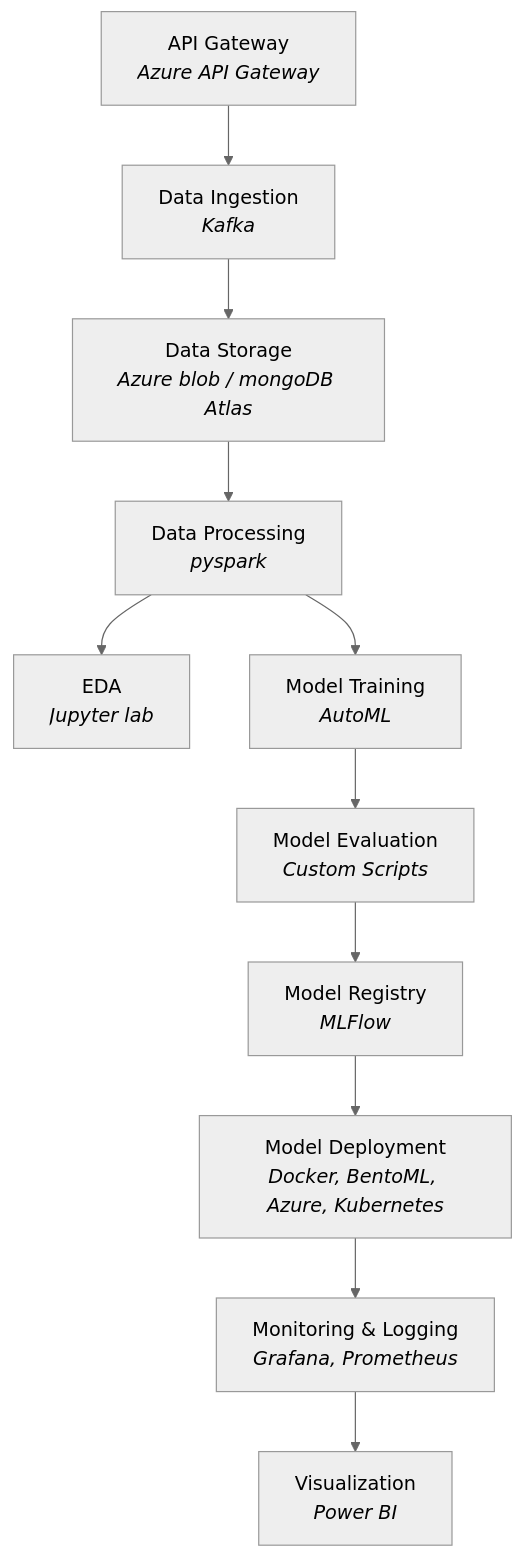
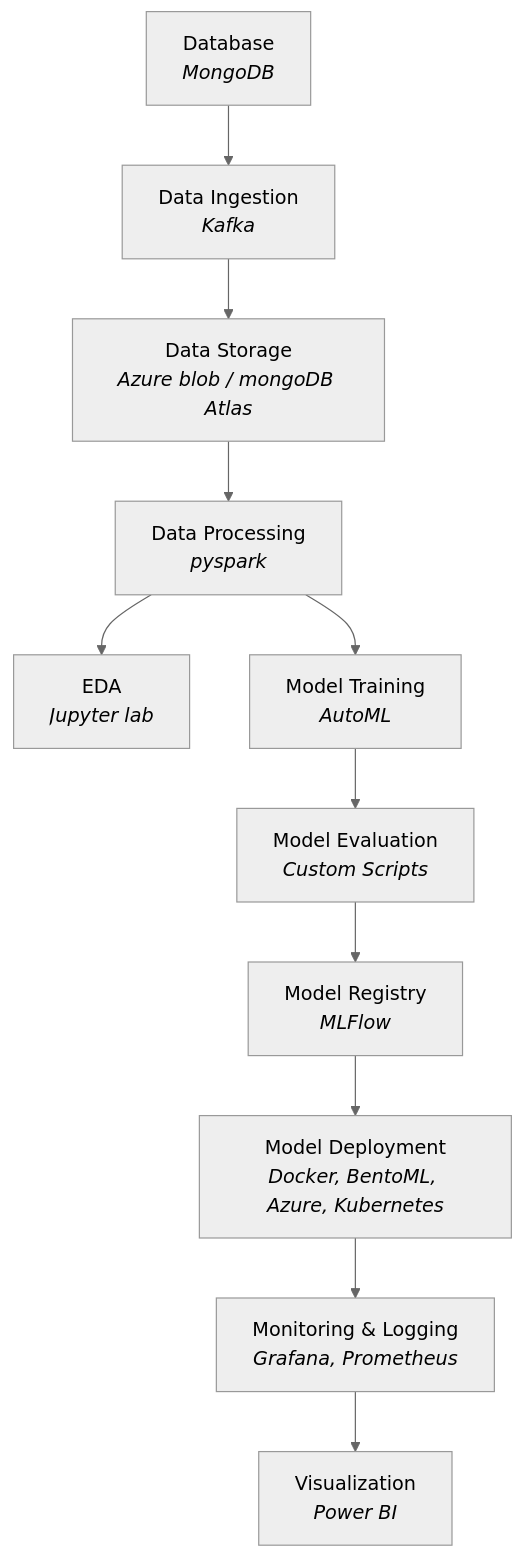
One commit to lintosunny/Credit-Card-Fraud-Detection-Using-Machine-Learning changed the diagram in README.md. Above: the diagram before and after it, drawn with Mermaid (neutral theme).

````diff
--- a/README.md
+++ b/README.md
@@ -17,24 +17,24 @@
 ```mermaid
 flowchart TD
-    A["`API Gateway
-    _Azure API Gateway_`"] --> B["`Data Ingestion
+    A["`Database
+    _MongoDB_`"] --> B["`Data Ingestion
     _Kafka_`"]
     B --> C["`Data Storage
     _Azure blob / mongoDB Atlas_`"]
     C --> D["`Data Processing
     _pyspark_`"]
     D --> E["`EDA
     _Jupyter lab_`"]
     D --> F["`Model Training
     _AutoML_`"]
     F --> G["`Model Evaluation
     _Custom Scripts_`"]
     G --> H["`Model Registry
     _MLFlow_`"]
     H --> I["`Model Deployment
     _Docker, BentoML, Azure, Kubernetes_`"]
     I --> J["`Monitoring & Logging
     _Grafana, Prometheus_`"]
     J --> K["`Visualization
     _Power BI_`"]
 ```
````
